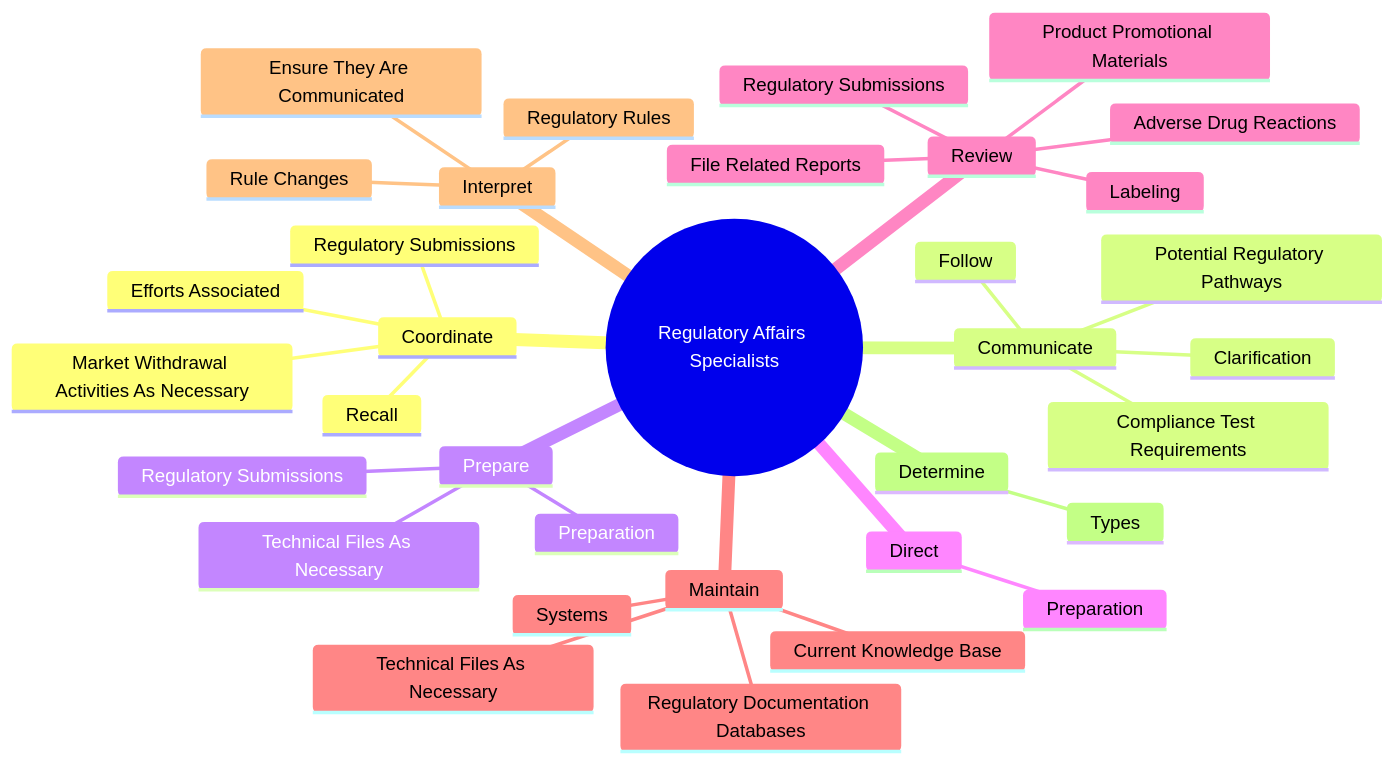
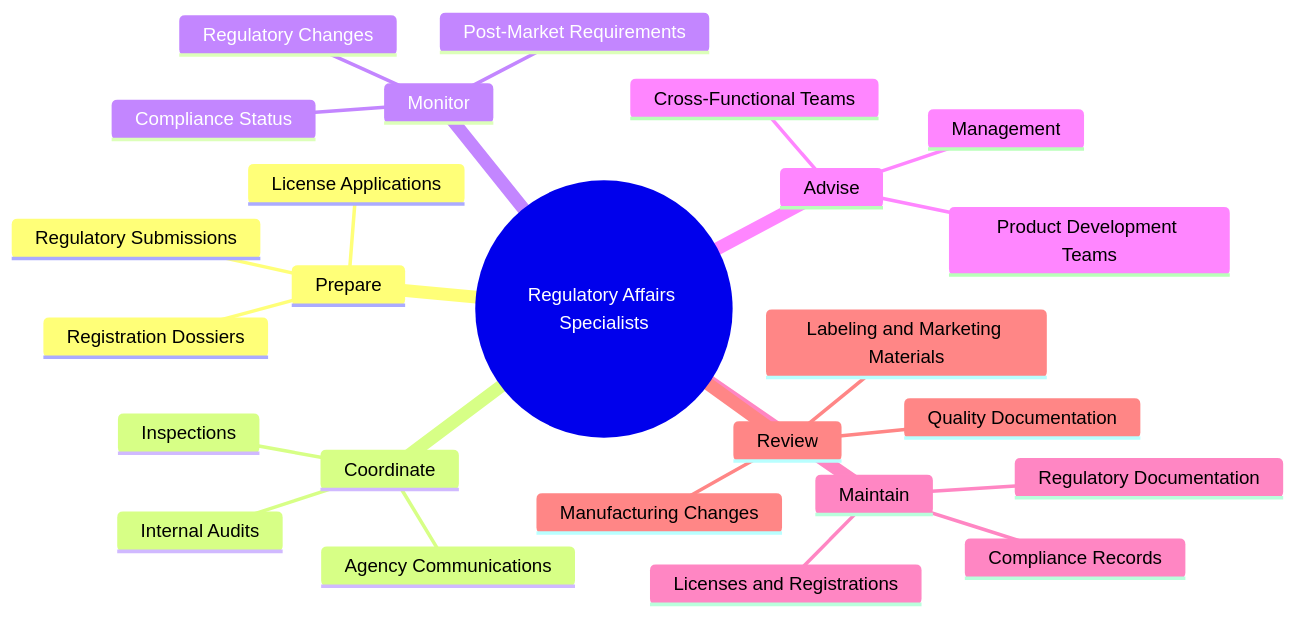
One commit to kziemski/business.org.ai changed the second of 4 diagrams in occupations/Business/RegulatoryAffairsSpecialists.mdx. Above: the diagram before and after it, drawn with Mermaid. The commit also changed other lines of this file and 938 other files, not shown here.

````diff
--- a/occupations/Business/RegulatoryAffairsSpecialists.mdx
+++ b/occupations/Business/RegulatoryAffairsSpecialists.mdx
@@ -38,37 +49,28 @@
 ```mermaid
 mindmap
     root(("Regulatory Affairs Specialists"))
+        Prepare
+            Regulatory Submissions
+            Registration Dossiers
+            License Applications
         Coordinate
-            Efforts Associated
-            Regulatory Submissions
-            Recall
-            Market Withdrawal Activities As Necessary
-        Communicate
-            Potential Regulatory Pathways
-            Compliance Test Requirements
-            Clarification
-            Follow
-        Prepare
-            Preparation
-            Regulatory Submissions
-            Technical Files As Necessary
-        Direct
-            Preparation
+            Internal Audits
+            Inspections
+            Agency Communications
+        Monitor
+            Regulatory Changes
+            Compliance Status
+            Post-Market Requirements
+        Advise
+            Product Development Teams
+            Management
+            Cross-Functional Teams
+        Maintain
+            Licenses and Registrations
+            Regulatory Documentation
+            Compliance Records
         Review
-            Regulatory Submissions
-            Adverse Drug Reactions
-            File Related Reports
-            Product Promotional Materials
-            Labeling
-        Maintain
-            Technical Files As Necessary
-            Current Knowledge Base
-            Regulatory Documentation Databases
-            Systems
-        Interpret
-            Regulatory Rules
-            Rule Changes
-            Ensure They Are Communicated
-        Determine
-            Types
+            Labeling and Marketing Materials
+            Manufacturing Changes
+            Quality Documentation
 ```
````
